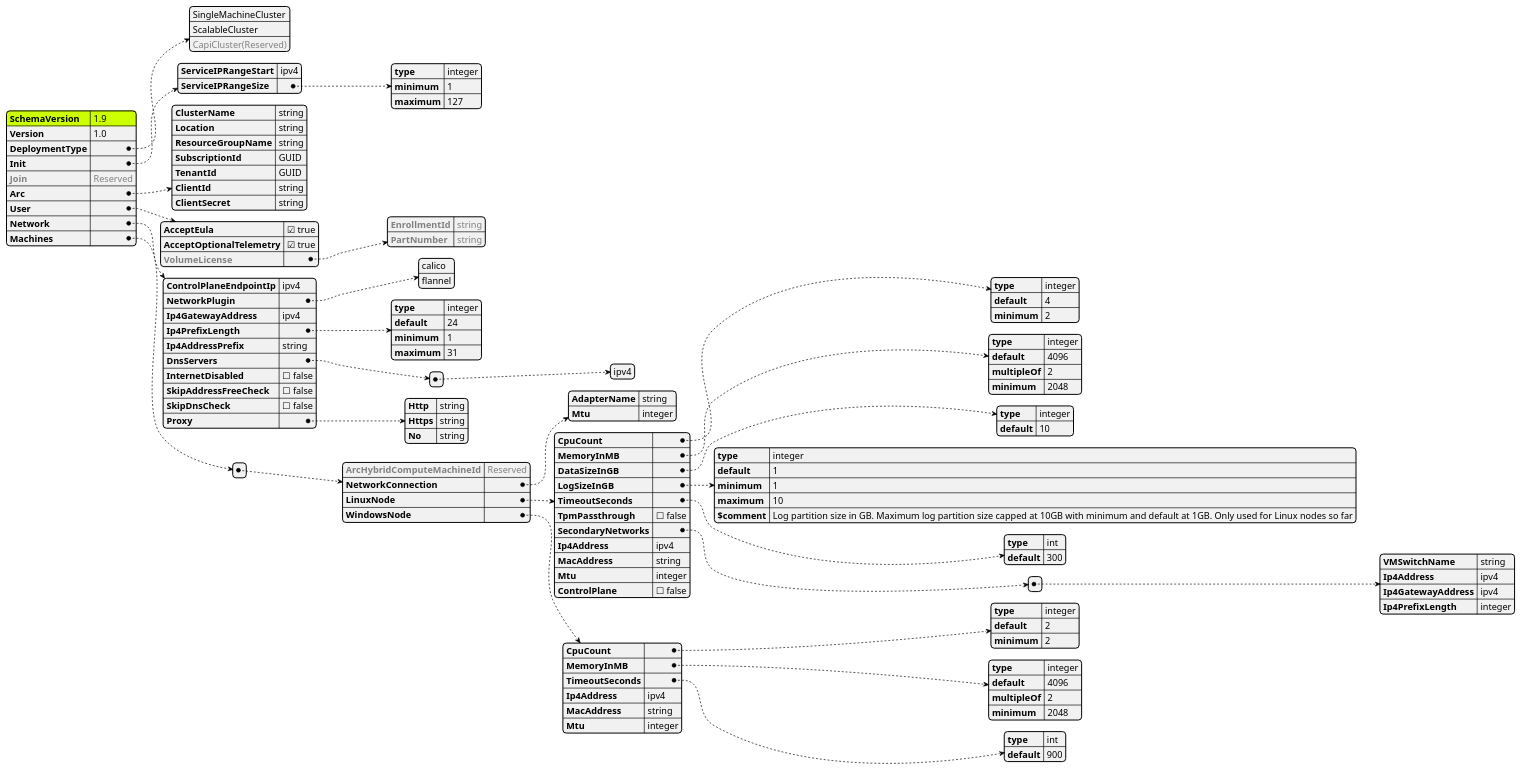
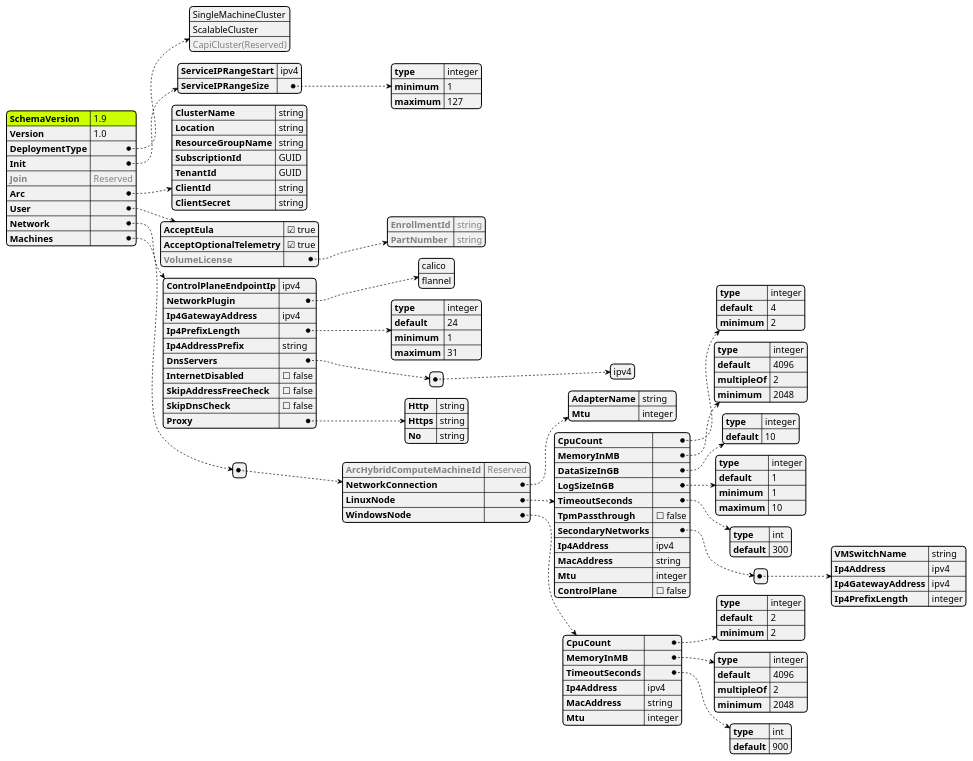
One commit to Azure/AKS-Edge changed the diagram in tools/modules/AksEdgeDeploy/aksedge-dc.puml. Above: the diagram before and after it, drawn with PlantUML. The commit also changed 4 other files, not shown here.

Commit message:
Removed comment from the schema diagram and updated the ps script version

```diff
--- a/tools/modules/AksEdgeDeploy/aksedge-dc.puml
+++ b/tools/modules/AksEdgeDeploy/aksedge-dc.puml
@@ -1,150 +1,149 @@
 @startjson AksEdgeSchema
 <style>
 jsonDiagram {
     node {
         FontSize 14
         RoundCorner 10
         LineThickness 0.5
         separator {
             LineThickness 0.25
         }
     }
     arrow {
         LineThickness 0.5
         LineStyle 2;6
     }
     highlight {
         BackgroundColor black
         FontColor White
     }
 }
 </style>
 #highlight "SchemaVersion"
 {
     "SchemaVersion": "1.9",
     "Version": "1.0",
     "DeploymentType": [
             "SingleMachineCluster",
             "ScalableCluster",
             "<color:gray>CapiCluster(Reserved)"
     ],
     "Init": {
         "ServiceIPRangeStart": "ipv4",
         "ServiceIPRangeSize": {
             "type": "integer",
             "minimum" : 1,
             "maximum" : 127
         }
     },
     "<color:gray>Join":"<color:gray>Reserved",
     "Arc": {
         "ClusterName": "string",
         "Location": "string",
         "ResourceGroupName": "string",
         "SubscriptionId": "GUID",
         "TenantId": "GUID",
         "ClientId": "string",
         "ClientSecret": "string"
     },
     "User": {
         "AcceptEula": true,
         "AcceptOptionalTelemetry": true,
         "<color:gray>VolumeLicense":{
             "<color:gray>EnrollmentId":"<color:gray>string",
             "<color:gray>PartNumber":"<color:gray>string"
         }
     },
     "Network": {
         "ControlPlaneEndpointIp": "ipv4",
         "NetworkPlugin": [
                 "calico",
                 "flannel"
         ],
         "Ip4GatewayAddress": "ipv4",
         "Ip4PrefixLength": {
             "type": "integer",
             "default": 24,
             "minimum": 1,
             "maximum": 31
         },
         "Ip4AddressPrefix":"string",
         "DnsServers": [["ipv4"]],
         "InternetDisabled": false,
         "SkipAddressFreeCheck":false,
         "SkipDnsCheck":false,
         "Proxy": {
             "Http":"string",
             "Https":"string",
             "No":"string"
         }
     },
     "Machines":[{
         "<color:gray>ArcHybridComputeMachineId":"<color:gray>Reserved",
         "NetworkConnection":{
             "AdapterName":"string",
             "Mtu":"integer"
         },
         "LinuxNode":{
             "CpuCount": {
                 "type": "integer",
                 "default": 4,
                 "minimum": 2
             },
             "MemoryInMB": {
                 "type": "integer",
                 "default": 4096,
                 "multipleOf": 2,
                 "minimum": 2048
             },
             "DataSizeInGB": {
                 "type": "integer",
                 "default": 10
             },
             "LogSizeInGB": {
                 "type": "integer",
                 "default": 1,
                 "minimum" : 1,
-                "maximum" : 10,
-                "$comment": "Log partition size in GB. Maximum log partition size capped at 10GB with minimum and default at 1GB. Only used for Linux nodes so far"
+                "maximum" : 10
             },
             "TimeoutSeconds": {
                 "type": "int",
                 "default": 300
             },
             "TpmPassthrough": false,
             "SecondaryNetworks": [
                 {
                     "VMSwitchName" : "string",
                     "Ip4Address": "ipv4",
                     "Ip4GatewayAddress": "ipv4",
                     "Ip4PrefixLength": "integer"
                 }
             ],
             "Ip4Address": "ipv4",
             "MacAddress": "string",
             "Mtu": "integer",
             "ControlPlane" : false
         },
         "WindowsNode":{
             "CpuCount": {
                 "type": "integer",
                 "default": 2,
                 "minimum": 2
             },
             "MemoryInMB": {
                 "type": "integer",
                 "default": 4096,
                 "multipleOf": 2,
                 "minimum": 2048
             },
             "TimeoutSeconds": {
                 "type": "int",
                 "default": 900
             },
             "Ip4Address": "ipv4",
             "MacAddress": "string",
             "Mtu": "integer"
         }
     }]
 }
 @endjson
```
